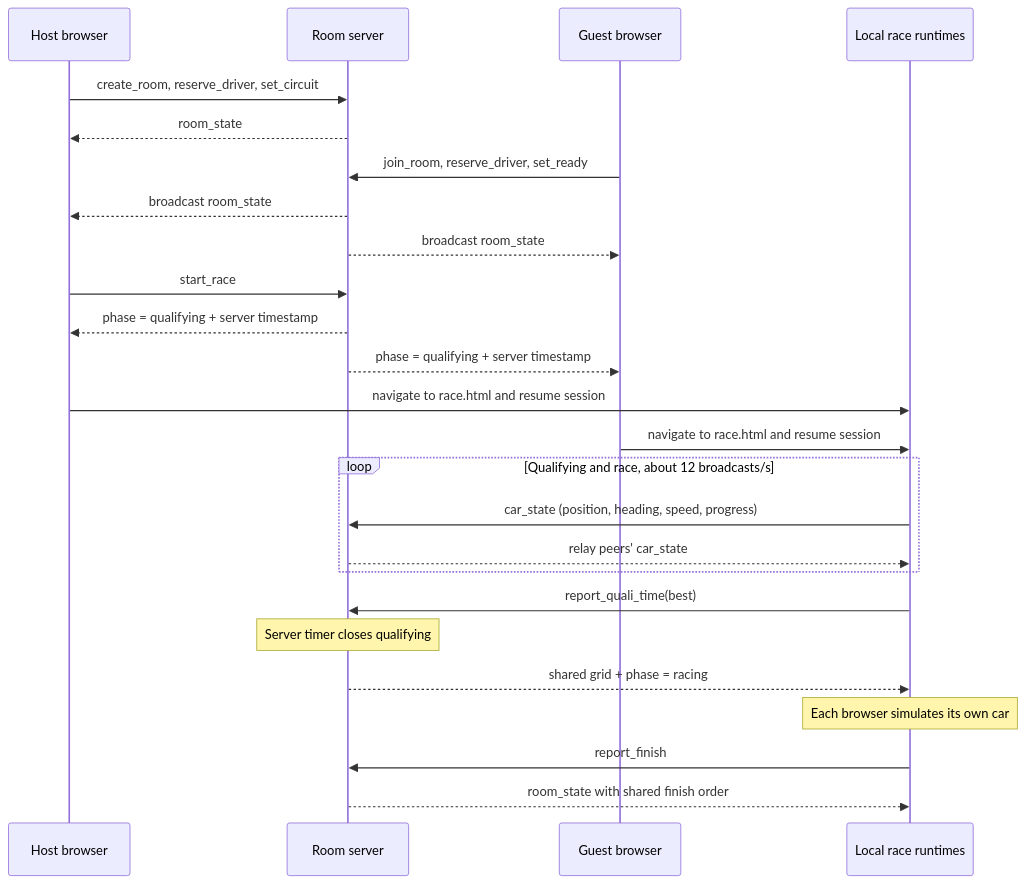
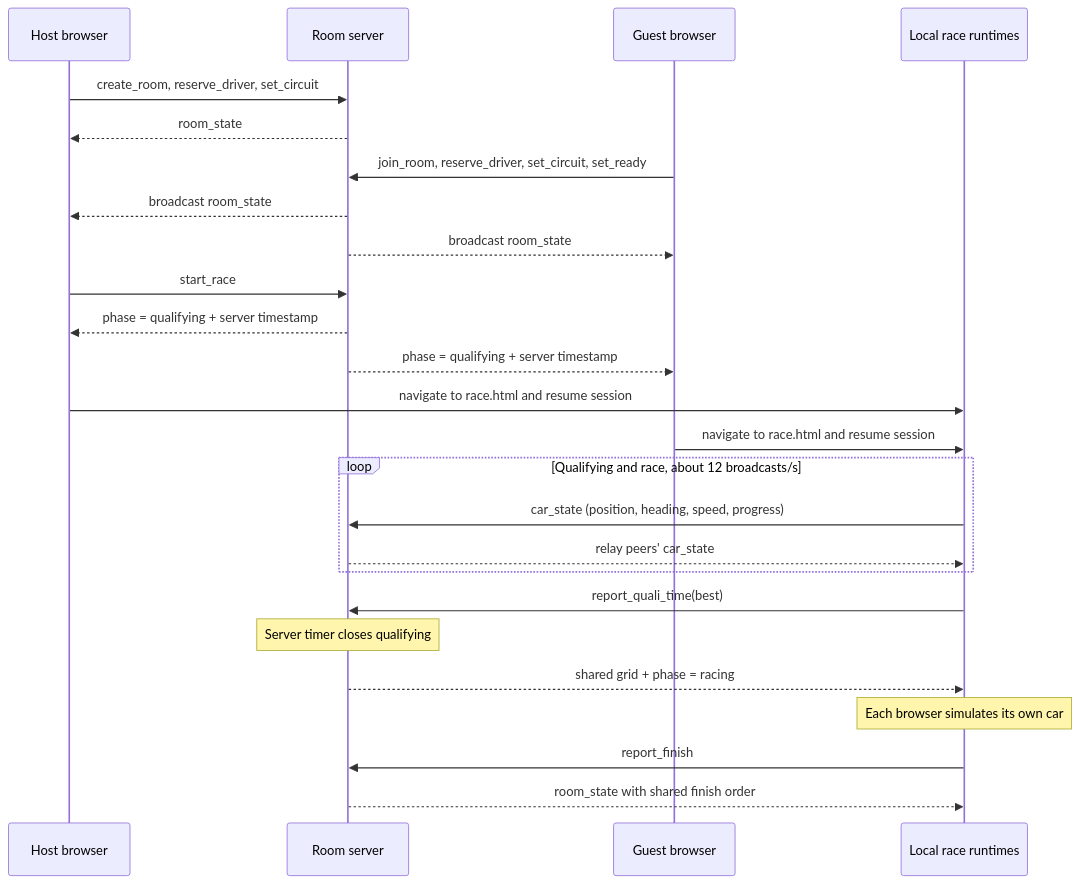
The sixth of 6 diagrams in llm-wiki/wiki/f1-racer/c4-model.md (ottobit/f1-racer), drawn with Mermaid before and after one commit. The commit also changed other lines of this file, not shown here.

Commit message:
docs: update multiplayer setup authority (#347)

````diff
--- a/llm-wiki/wiki/f1-racer/c4-model.md
+++ b/llm-wiki/wiki/f1-racer/c4-model.md
@@ -269,28 +269,28 @@
 ```mermaid
 sequenceDiagram
   participant H as Host browser
   participant S as Room server
   participant G as Guest browser
   participant R as Local race runtimes
 
   H->>S: create_room, reserve_driver, set_circuit
   S-->>H: room_state
-  G->>S: join_room, reserve_driver, set_ready
+  G->>S: join_room, reserve_driver, set_circuit, set_ready
   S-->>H: broadcast room_state
   S-->>G: broadcast room_state
   H->>S: start_race
   S-->>H: phase = qualifying + server timestamp
   S-->>G: phase = qualifying + server timestamp
   H->>R: navigate to race.html and resume session
   G->>R: navigate to race.html and resume session
   loop Qualifying and race, about 12 broadcasts/s
     R->>S: car_state (position, heading, speed, progress)
     S-->>R: relay peers' car_state
   end
   R->>S: report_quali_time(best)
   Note over S: Server timer closes qualifying
   S-->>R: shared grid + phase = racing
   Note over R: Each browser simulates its own car
   R->>S: report_finish
   S-->>R: room_state with shared finish order
 ```
````
